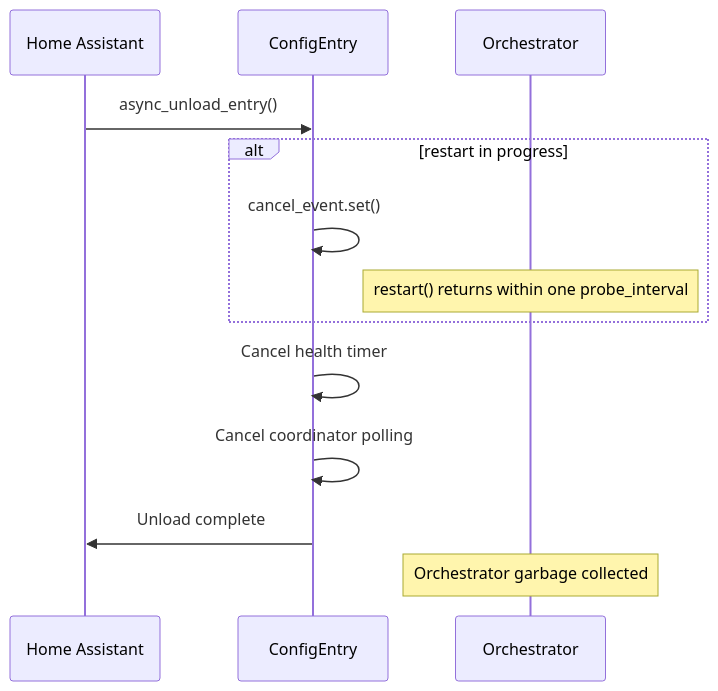
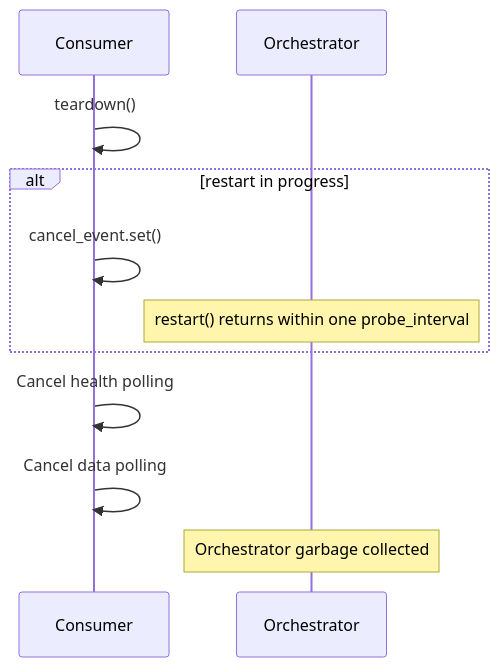
One commit to solentlabs/cable_modem_monitor changed the second of 7 diagrams in packages/cable_modem_monitor_core/docs/ORCHESTRATION_USE_CASES.md. Above: the diagram before and after it, drawn with Mermaid. The commit also changed other lines of this file and 145 other files, not shown here.

````diff
--- a/packages/cable_modem_monitor_core/docs/ORCHESTRATION_USE_CASES.md
+++ b/packages/cable_modem_monitor_core/docs/ORCHESTRATION_USE_CASES.md
@@ -962,18 +961,16 @@
 ```mermaid
 sequenceDiagram
-    participant HA as Home Assistant
-    participant Entry as ConfigEntry
+    participant C as Consumer
     participant O as Orchestrator
 
-    HA->>Entry: async_unload_entry()
+    C->>C: teardown()
 
     alt restart in progress
-        Entry->>Entry: cancel_event.set()
+        C->>C: cancel_event.set()
         Note over O: restart() returns within one probe_interval
     end
 
-    Entry->>Entry: Cancel health timer
-    Entry->>Entry: Cancel coordinator polling
-    Entry->>HA: Unload complete
+    C->>C: Cancel health polling
+    C->>C: Cancel data polling
     Note over O: Orchestrator garbage collected
 ```
````
